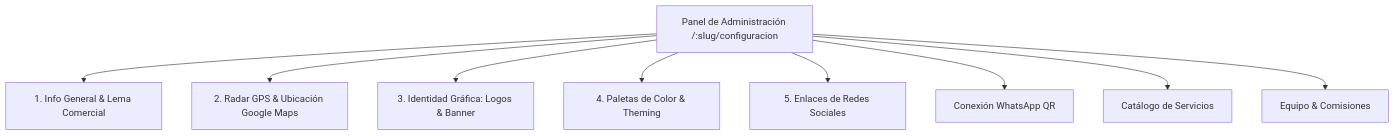
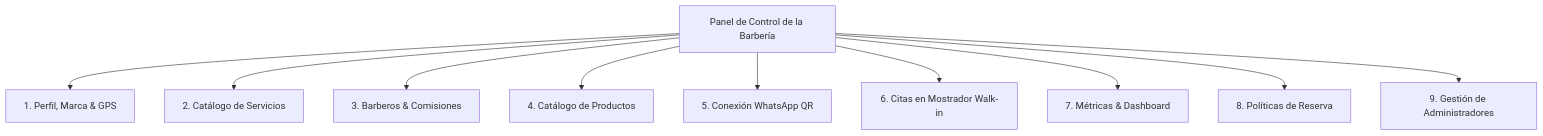
The fourth of 5 diagrams in docs/MANUAL_DE_USUARIO.md (dfelipe7/Barberia-Backend), drawn with Mermaid before and after one commit. The commit also changed other lines of this file and 16 other files, not shown here.

````diff
--- a/docs/MANUAL_DE_USUARIO.md
+++ b/docs/MANUAL_DE_USUARIO.md
@@ -405,11 +412,12 @@
 ```mermaid
 graph TD
-    AdminPanel["Panel de Administración /:slug/configuracion"] --> ModInfo["1. Info General & Lema Comercial"]
-    AdminPanel --> ModGPS["2. Radar GPS & Ubicación Google Maps"]
-    AdminPanel --> ModGrafica["3. Identidad Gráfica: Logos & Banner"]
-    AdminPanel --> ModTemas["4. Paletas de Color & Theming"]
-    AdminPanel --> ModRedes["5. Enlaces de Redes Sociales"]
-    AdminPanel --> ModWhatsApp["Conexión WhatsApp QR"]
-    AdminPanel --> ModServicios["Catálogo de Servicios"]
-    AdminPanel --> ModBarberos["Equipo & Comisiones"]
+    AdminPanel["Panel de Control de la Barbería"] --> ModPerfil["1. Perfil, Marca & GPS"]
+    AdminPanel --> ModServicios["2. Catálogo de Servicios"]
+    AdminPanel --> ModBarberos["3. Barberos & Comisiones"]
+    AdminPanel --> ModProductos["4. Catálogo de Productos"]
+    AdminPanel --> ModWhatsApp["5. Conexión WhatsApp QR"]
+    AdminPanel --> ModMostrador["6. Citas en Mostrador Walk-in"]
+    AdminPanel --> ModDashboard["7. Métricas & Dashboard"]
+    AdminPanel --> ModPoliticas["8. Políticas de Reserva"]
+    AdminPanel --> ModAdmins["9. Gestión de Administradores"]
 ```
````
